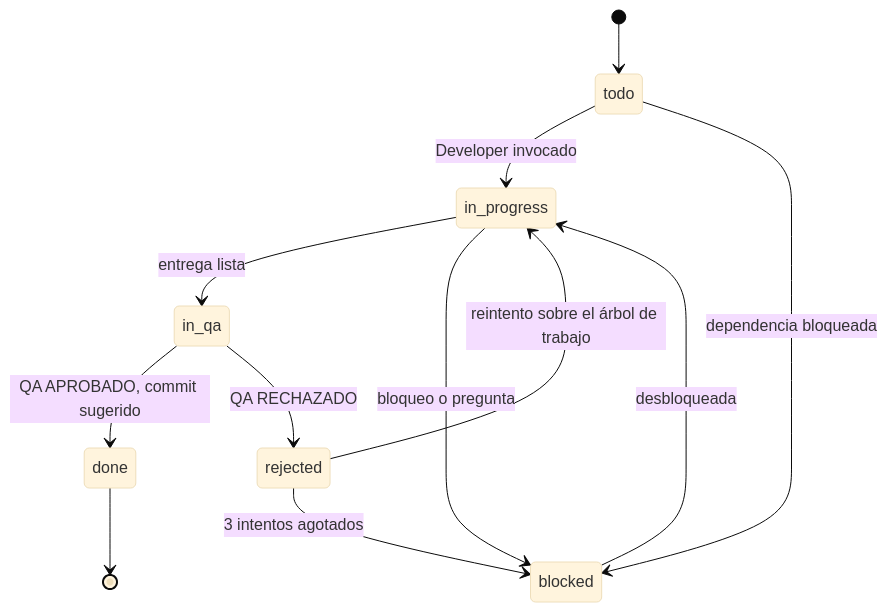
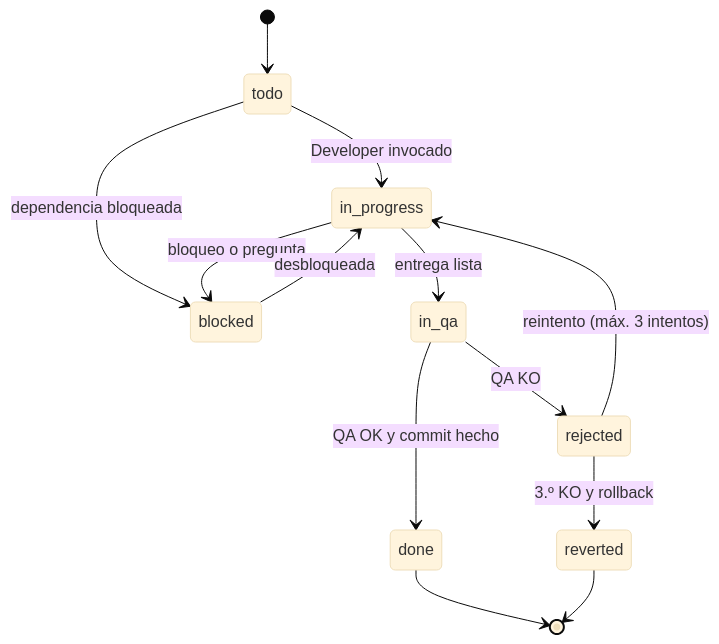
Before and after one commit to JordiTurell/GrangesAndreu: the fourth of 4 diagrams in flujo-agents.md, drawn with Mermaid (base theme). The commit also changed other lines of this file and 5 other files, not shown here.

First line of the commit message:
Agentes: flujo nuevo con tareas pequenas, commit y rollback por tarea

````diff
--- a/flujo-agents.md
+++ b/flujo-agents.md
@@ -124,14 +103,15 @@
 ```mermaid
 stateDiagram-v2
     [*] --> todo
     todo --> in_progress: Developer invocado
     todo --> blocked: dependencia bloqueada
     in_progress --> in_qa: entrega lista
     in_progress --> blocked: bloqueo o pregunta
-    in_qa --> done: QA APROBADO, commit sugerido
-    in_qa --> rejected: QA RECHAZADO
-    rejected --> in_progress: reintento sobre el árbol de trabajo
-    rejected --> blocked: 3 intentos agotados
+    in_qa --> done: QA OK y commit hecho
+    in_qa --> rejected: QA KO
+    rejected --> in_progress: reintento (máx. 3 intentos)
+    rejected --> reverted: 3.º KO y rollback
     blocked --> in_progress: desbloqueada
     done --> [*]
+    reverted --> [*]
 ```
````
